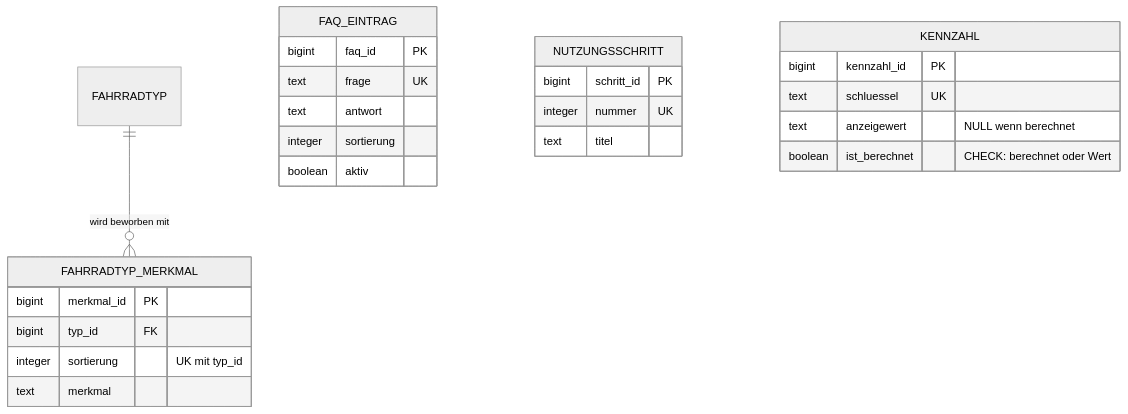
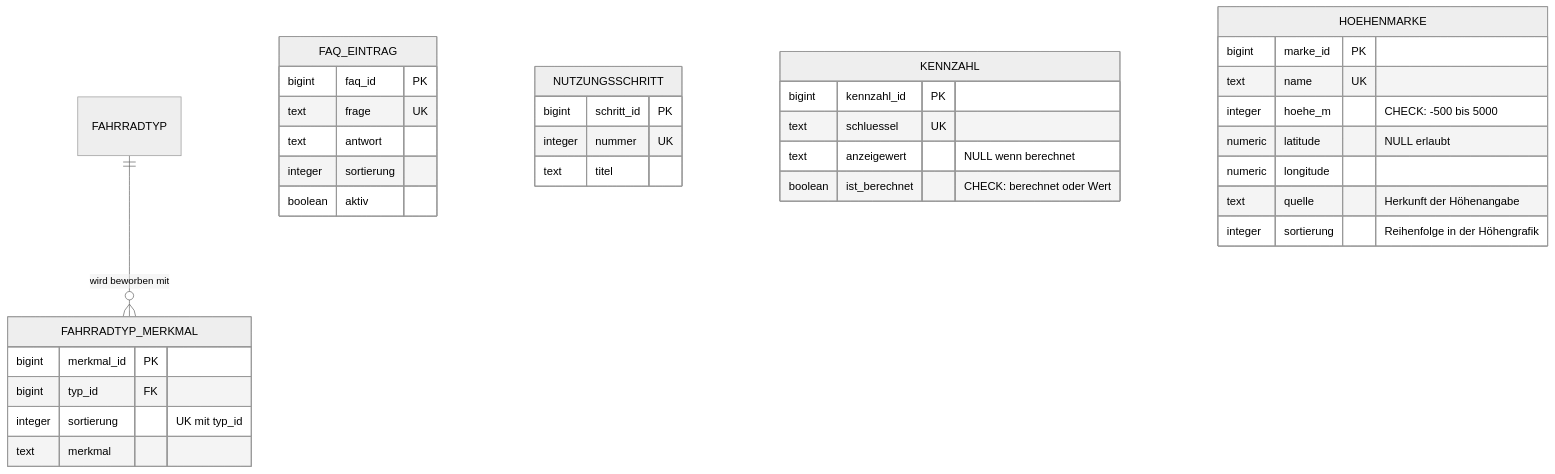
One commit to swrobuts/velocity-fallstudie changed the diagram in doku/datenmodell/erd/rel-f-inhalte.mmd. Above: the diagram before and after it, drawn with Mermaid (neutral theme). The commit also changed 12 other files, not shown here.

```diff
--- a/doku/datenmodell/erd/rel-f-inhalte.mmd
+++ b/doku/datenmodell/erd/rel-f-inhalte.mmd
@@ -1,27 +1,36 @@
 erDiagram
     FAHRRADTYP ||--o{ FAHRRADTYP_MERKMAL : "wird beworben mit"
 
     FAQ_EINTRAG {
         bigint  faq_id     PK
         text    frage      UK
         text    antwort
         integer sortierung
         boolean aktiv
     }
     NUTZUNGSSCHRITT {
         bigint  schritt_id PK
         integer nummer     UK
         text    titel
     }
     KENNZAHL {
         bigint  kennzahl_id   PK
         text    schluessel    UK
         text    anzeigewert   "NULL wenn berechnet"
         boolean ist_berechnet "CHECK: berechnet oder Wert"
     }
     FAHRRADTYP_MERKMAL {
         bigint  merkmal_id PK
         bigint  typ_id     FK
         integer sortierung "UK mit typ_id"
         text    merkmal
     }
+    HOEHENMARKE {
+        bigint  marke_id   PK
+        text    name       UK
+        integer hoehe_m    "CHECK: -500 bis 5000"
+        numeric latitude   "NULL erlaubt"
+        numeric longitude
+        text    quelle     "Herkunft der Höhenangabe"
+        integer sortierung "Reihenfolge in der Höhengrafik"
+    }
```
